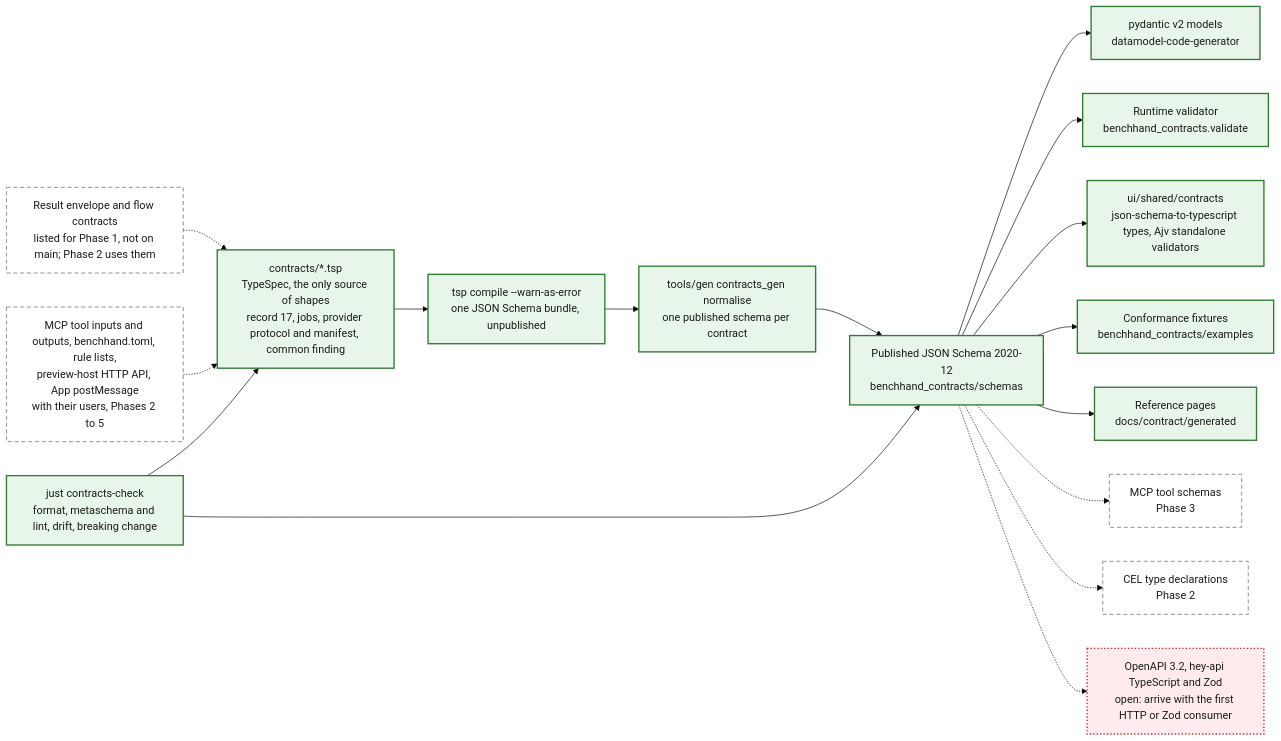
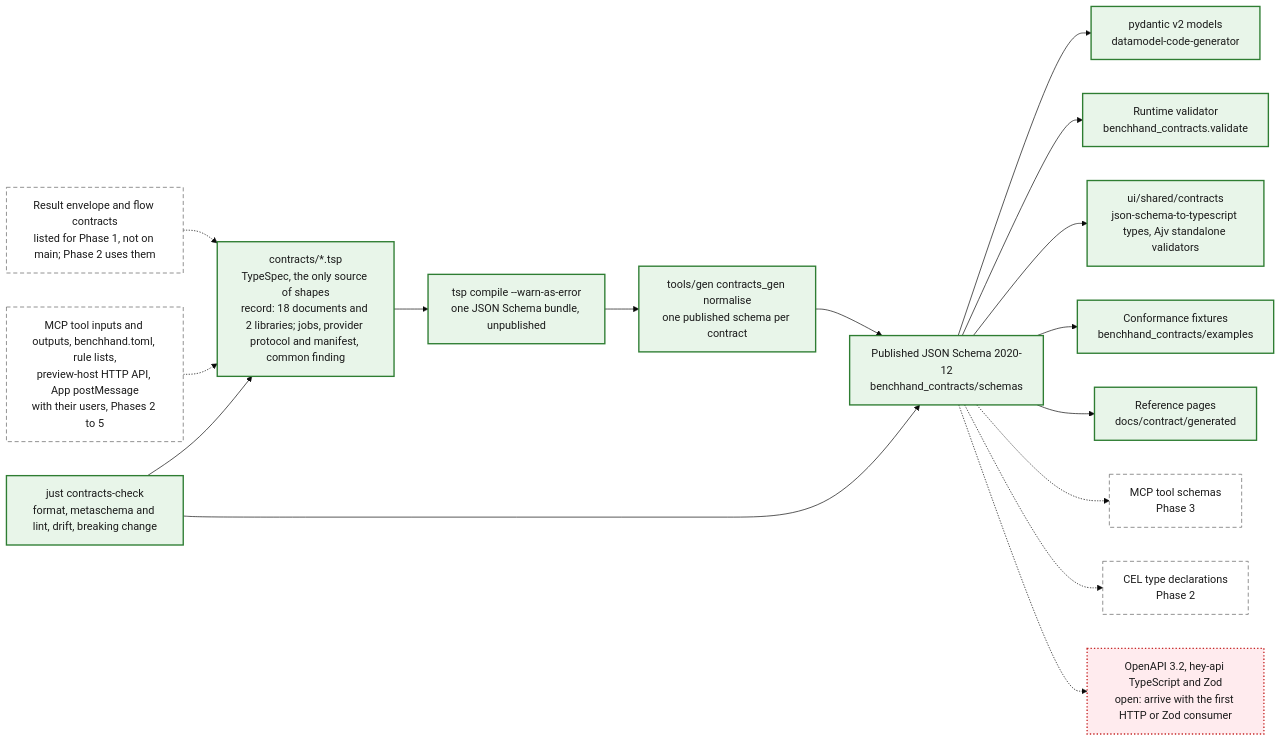
The third of 3 diagrams in docs/architecture/containers.md (benchhand/benchhand-next), drawn with Mermaid (base theme) before and after one commit. The commit also changed other lines of this file and 5 other files, not shown here.

Commit message:
docs(architecture): draw only what main and the sources show: launch and PyPI planned, the lifecycle per transport, CEL on transitions, the job, evidence and migrate branches, the auto gate mode and the L2 join

````diff
--- a/docs/architecture/containers.md
+++ b/docs/architecture/containers.md
@@ -134,39 +136,39 @@
 ```mermaid
 flowchart LR
-  tsp["contracts/*.tsp<br/>TypeSpec, the only source of shapes<br/>record 17, jobs, provider protocol and manifest, common finding"]:::impl
+  tsp["contracts/*.tsp<br/>TypeSpec, the only source of shapes<br/>record: 18 documents and 2 libraries; jobs, provider protocol and manifest, common finding"]:::impl
   missing["Result envelope and flow contracts<br/>listed for Phase 1, not on main; Phase 2 uses them"]:::planned
   later["MCP tool inputs and outputs, benchhand.toml, rule lists,<br/>preview-host HTTP API, App postMessage<br/>with their users, Phases 2 to 5"]:::planned
   bundle["tsp compile --warn-as-error<br/>one JSON Schema bundle, unpublished"]:::impl
   normalise["tools/gen contracts_gen normalise<br/>one published schema per contract"]:::impl
   published["Published JSON Schema 2020-12<br/>benchhand_contracts/schemas"]:::impl
   pydantic["pydantic v2 models<br/>datamodel-code-generator"]:::impl
   validator["Runtime validator<br/>benchhand_contracts.validate"]:::impl
   tsTypes["ui/shared/contracts<br/>json-schema-to-typescript types, Ajv standalone validators"]:::impl
   fixtures["Conformance fixtures<br/>benchhand_contracts/examples"]:::impl
   docs["Reference pages<br/>docs/contract/generated"]:::impl
   toolSchemas["MCP tool schemas<br/>Phase 3"]:::planned
   celTypes["CEL type declarations<br/>Phase 2"]:::planned
   openapi["OpenAPI 3.2, hey-api TypeScript and Zod<br/>open: arrive with the first HTTP or Zod consumer"]:::open
   ci["just contracts-check<br/>format, metaschema and lint, drift, breaking change"]:::impl
 
   tsp --> bundle --> normalise --> published
   missing -.-> tsp
   later -.-> tsp
   published --> pydantic
   published --> validator
   published --> tsTypes
   published --> fixtures
   published --> docs
   published -.-> toolSchemas
   published -.-> celTypes
   published -.-> openapi
   ci --> tsp
   ci --> published
 
   classDef impl fill:#e8f5e9,stroke:#2e7d32,stroke-width:2px,color:#1b1b1b
   classDef review fill:#fff3e0,stroke:#e65100,stroke-width:2px,stroke-dasharray:6 4,color:#1b1b1b
   classDef planned fill:#ffffff,stroke:#616161,stroke-width:1px,stroke-dasharray:6 4,color:#1b1b1b
   classDef open fill:#ffebee,stroke:#c62828,stroke-width:2px,stroke-dasharray:2 3,color:#1b1b1b
   classDef ext fill:#eceff1,stroke:#37474f,stroke-width:1px,color:#1b1b1b
   classDef person fill:#e3f2fd,stroke:#1565c0,stroke-width:2px,color:#1b1b1b
 ```
````
